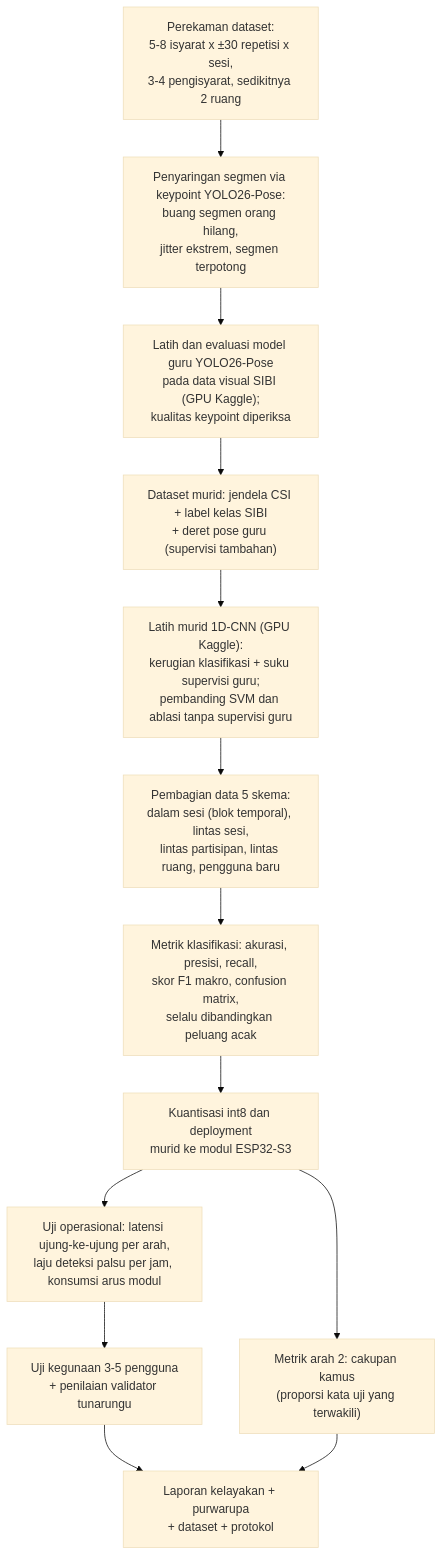
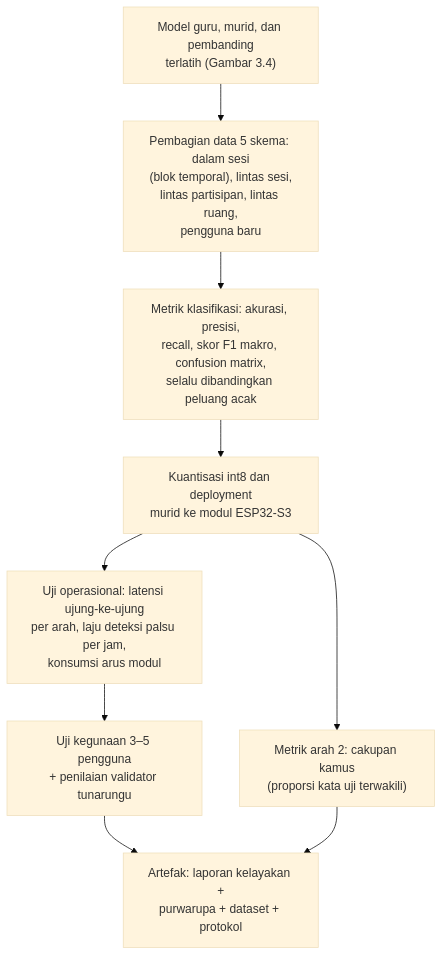
The eighth of 8 diagrams in download/translator-sibi-draft/bab3-metodologi.md (ILoveTahuTek/skripsi), drawn with Mermaid (base theme) before and after one commit. The commit also changed other lines of this file and 50 other files, not shown here.

Commit message:
Redesain seluruh diagram BAB III (Task 24): 6 -> 8 figur, huruf cetak 3,2-6,4pt -> 9,2-11,8pt, integritas sumber terverifikasi; DOCX 68 hlm + laporan audit

````diff
--- a/download/translator-sibi-draft/bab3-metodologi.md
+++ b/download/translator-sibi-draft/bab3-metodologi.md
@@ -360,20 +414,19 @@
 ```mermaid
 flowchart TD
-    REC["Perekaman dataset:<br/>5-8 isyarat x ±30 repetisi x sesi,<br/>3-4 pengisyarat, sedikitnya 2 ruang"]
-    FLT["Penyaringan segmen via keypoint YOLO26-Pose:<br/>buang segmen orang hilang,<br/>jitter ekstrem, segmen terpotong"]
-    TT["Latih dan evaluasi model guru YOLO26-Pose<br/>pada data visual SIBI (GPU Kaggle);<br/>kualitas keypoint diperiksa"]
-    DS["Dataset murid: jendela CSI + label kelas SIBI<br/>+ deret pose guru (supervisi tambahan)"]
-    STU["Latih murid 1D-CNN (GPU Kaggle):<br/>kerugian klasifikasi + suku supervisi guru;<br/>pembanding SVM dan ablasi tanpa supervisi guru"]
-    SPLIT["Pembagian data 5 skema:<br/>dalam sesi (blok temporal), lintas sesi,<br/>lintas partisipan, lintas ruang, pengguna baru"]
-    MET["Metrik klasifikasi: akurasi, presisi, recall,<br/>skor F1 makro, confusion matrix,<br/>selalu dibandingkan peluang acak"]
+    MULAI["Model guru, murid, dan pembanding<br/>terlatih (Gambar 3.4)"]
+    SPLIT["Pembagian data 5 skema: dalam sesi<br/>(blok temporal), lintas sesi,<br/>lintas partisipan, lintas ruang,<br/>pengguna baru"]
+    MET["Metrik klasifikasi: akurasi, presisi,<br/>recall, skor F1 makro, confusion matrix,<br/>selalu dibandingkan peluang acak"]
     DEP["Kuantisasi int8 dan deployment<br/>murid ke modul ESP32-S3"]
-    OP["Uji operasional: latensi ujung-ke-ujung per arah,<br/>laju deteksi palsu per jam, konsumsi arus modul"]
-    COVER["Metrik arah 2: cakupan kamus<br/>(proporsi kata uji yang terwakili)"]
-    USE["Uji kegunaan 3-5 pengguna<br/>+ penilaian validator tunarungu"]
-    ARTE["Laporan kelayakan + purwarupa<br/>+ dataset + protokol"]
-
-    REC --> FLT --> TT --> DS --> STU --> SPLIT --> MET --> DEP --> OP
+    OP["Uji operasional: latensi ujung-ke-ujung<br/>per arah, laju deteksi palsu per jam,<br/>konsumsi arus modul"]
+    COVER["Metrik arah 2: cakupan kamus<br/>(proporsi kata uji terwakili)"]
+    USE["Uji kegunaan 3–5 pengguna<br/>+ penilaian validator tunarungu"]
+    ARTE["Artefak: laporan kelayakan +<br/>purwarupa + dataset + protokol"]
+    MULAI --> SPLIT
+    SPLIT --> MET
+    MET --> DEP
+    DEP --> OP
     DEP --> COVER
-    OP --> USE --> ARTE
+    OP --> USE
+    USE --> ARTE
     COVER --> ARTE
 ```
````
